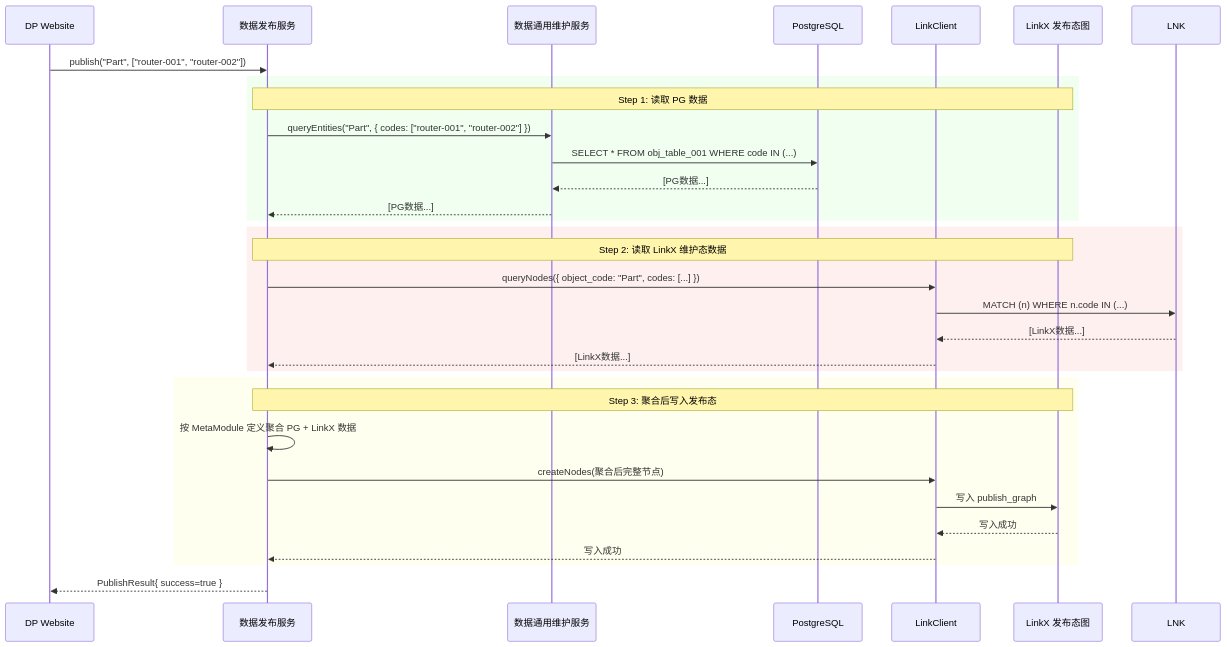
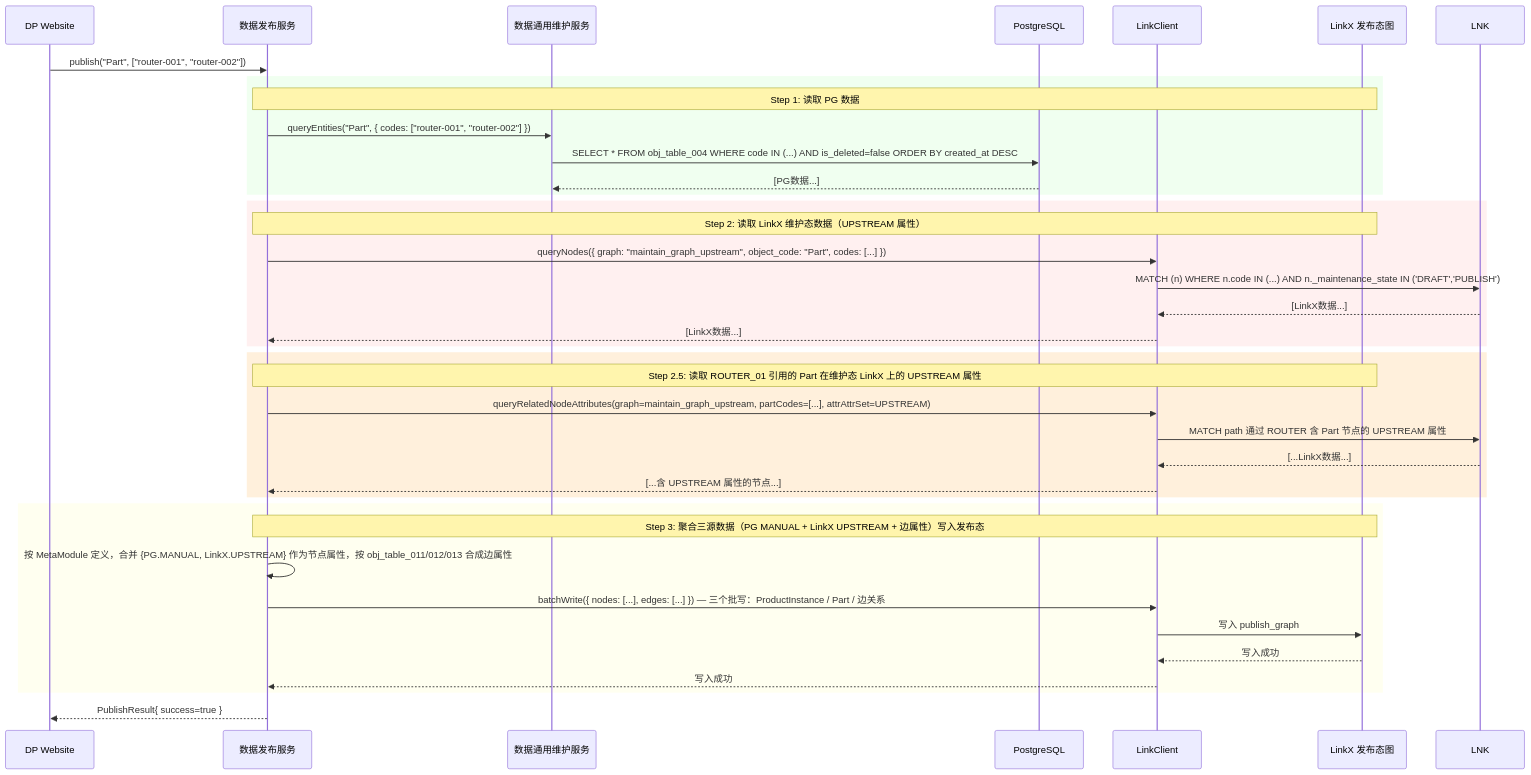
One commit to goflyboy/digitalproduct changed the third of 4 diagrams in docs/adr/RFC-003-数据通用维护服务-通用对象表映射机制.md. Above: the diagram before and after it, drawn with Mermaid. The commit also changed other lines of this file and 4 other files, not shown here.

````diff
--- a/docs/adr/RFC-003-数据通用维护服务-通用对象表映射机制.md
+++ b/docs/adr/RFC-003-数据通用维护服务-通用对象表映射机制.md
@@ -361,38 +588,45 @@
 ```mermaid
 sequenceDiagram
     participant DP as DP Website
     participant PS as 数据发布服务
     participant MS as 数据通用维护服务
     participant PG as PostgreSQL
     participant LC as LinkClient
     participant LNK_PUB as LinkX 发布态图
 
     DP->>PS: publish("Part", ["router-001", "router-002"])
 
     rect rgb(240, 255, 240)
         Note over PS,LNK_PUB: Step 1: 读取 PG 数据
         PS->>MS: queryEntities("Part", { codes: ["router-001", "router-002"] })
-        MS->>PG: SELECT * FROM obj_table_001 WHERE code IN (...)
+        MS->>PG: SELECT * FROM obj_table_004 WHERE code IN (...) AND is_deleted=false ORDER BY created_at DESC
         PG-->>MS: [PG数据...]
-        MS-->>PS: [PG数据...]
     end
 
     rect rgb(255, 240, 240)
-        Note over PS,LNK_PUB: Step 2: 读取 LinkX 维护态数据
-        PS->>LC: queryNodes({ object_code: "Part", codes: [...] })
-        LC->>LNK: MATCH (n) WHERE n.code IN (...)
+        Note over PS,LNK_PUB: Step 2: 读取 LinkX 维护态数据（UPSTREAM 属性）
+        PS->>LC: queryNodes({ graph: "maintain_graph_upstream", object_code: "Part", codes: [...] })
+        LC->>LNK: MATCH (n) WHERE n.code IN (...) AND n._maintenance_state IN ('DRAFT','PUBLISH')
         LNK-->>LC: [LinkX数据...]
         LC-->>PS: [LinkX数据...]
     end
 
+    rect rgb(255, 240, 220)
+        Note over PS,LNK_PUB: Step 2.5: 读取 ROUTER_01 引用的 Part 在维护态 LinkX 上的 UPSTREAM 属性
+        PS->>LC: queryRelatedNodeAttributes(graph=maintain_graph_upstream, partCodes=[...], attrAttrSet=UPSTREAM)
+        LC->>LNK: MATCH path 通过 ROUTER 含 Part 节点的 UPSTREAM 属性
+        LNK-->>LC: [...LinkX数据...]
+        LC-->>PS: [...含 UPSTREAM 属性的节点...]
+    end
+
     rect rgb(255, 255, 240)
-        Note over PS,LNK_PUB: Step 3: 聚合后写入发布态
-        PS->>PS: 按 MetaModule 定义聚合 PG + LinkX 数据
-        PS->>LC: createNodes(聚合后完整节点)
+        Note over PS,LNK_PUB: Step 3: 聚合三源数据（PG MANUAL + LinkX UPSTREAM + 边属性）写入发布态
+        PS->>PS: 按 MetaModule 定义，合并 {PG.MANUAL, LinkX.UPSTREAM} 作为节点属性，按 obj_table_011/012/013 合成边属性
+        PS->>LC: batchWrite({ nodes: [...], edges: [...] }) — 三个批写：ProductInstance / Part / 边关系
         LC->>LNK_PUB: 写入 publish_graph
         LNK_PUB-->>LC: 写入成功
         LC-->>PS: 写入成功
     end
 
     PS-->>DP: PublishResult{ success=true }
 ```
````
